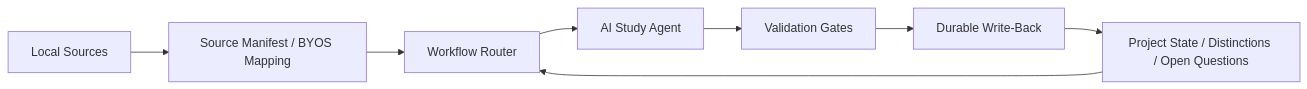
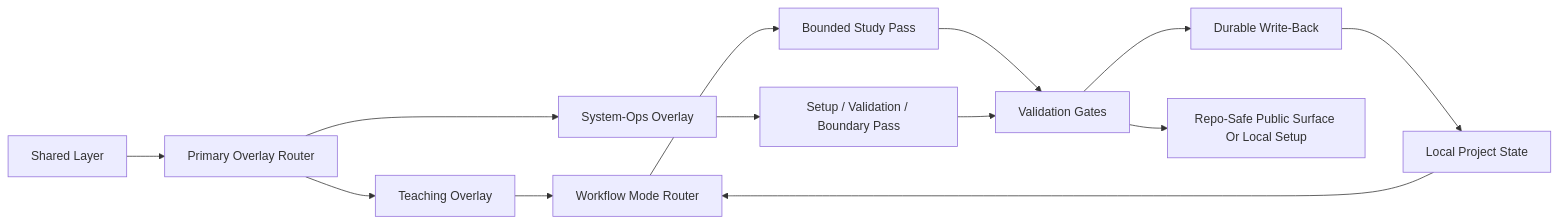
One commit to adsrz/learning-os changed the diagram in docs/agent-architecture.md. Above: the diagram before and after it, drawn with Mermaid. The commit also changed other lines of this file and 19 other files, not shown here.

Commit message:
Export primary overlay routing to public harness

````diff
--- a/docs/agent-architecture.md
+++ b/docs/agent-architecture.md
@@ -7,10 +7,15 @@
 ```mermaid
 flowchart LR
-    A["Local Sources"] --> B["Source Manifest / BYOS Mapping"]
-    B --> C["Workflow Router"]
-    C --> D["AI Study Agent"]
-    D --> E["Validation Gates"]
-    E --> F["Durable Write-Back"]
-    F --> G["Project State / Distinctions / Open Questions"]
-    G --> C
+    A["Shared Layer"] --> B["Primary Overlay Router"]
+    B --> C["Teaching Overlay"]
+    B --> D["System-Ops Overlay"]
+    C --> E["Workflow Mode Router"]
+    E --> F["Bounded Study Pass"]
+    F --> G["Validation Gates"]
+    G --> H["Durable Write-Back"]
+    H --> I["Local Project State"]
+    I --> E
+    D --> J["Setup / Validation / Boundary Pass"]
+    J --> G
+    G --> K["Repo-Safe Public Surface Or Local Setup"]
 ```
````
